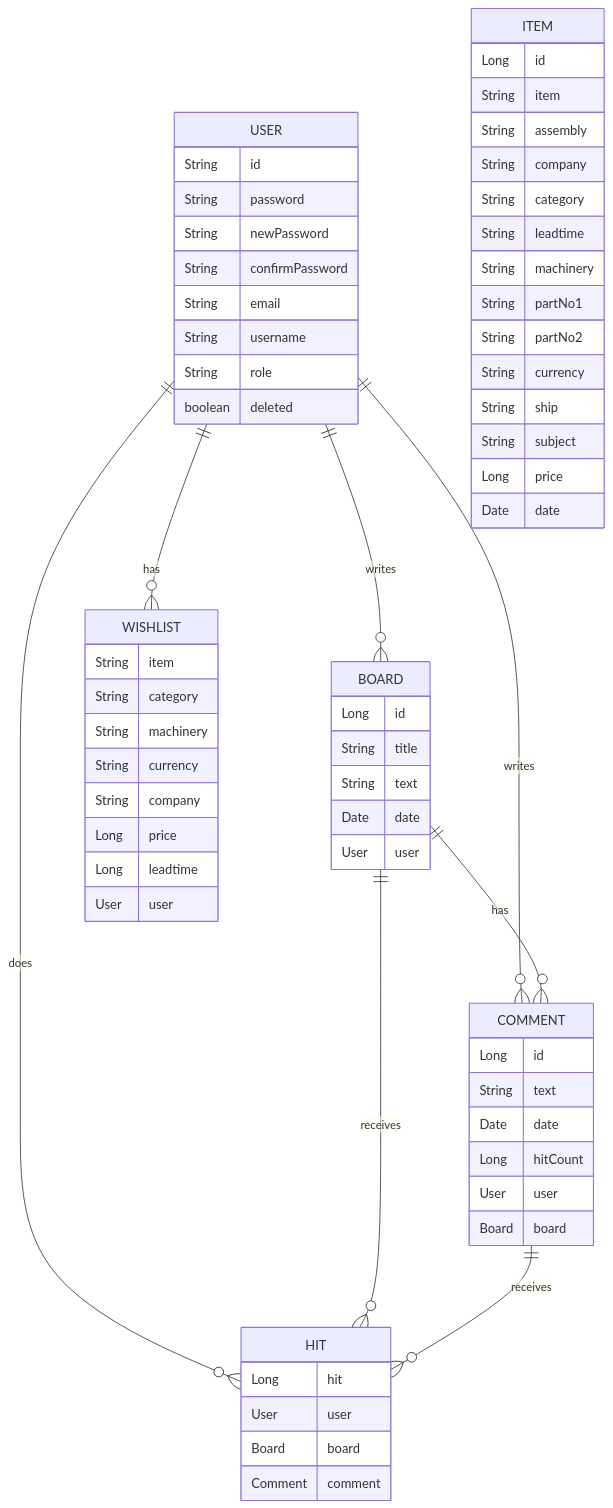
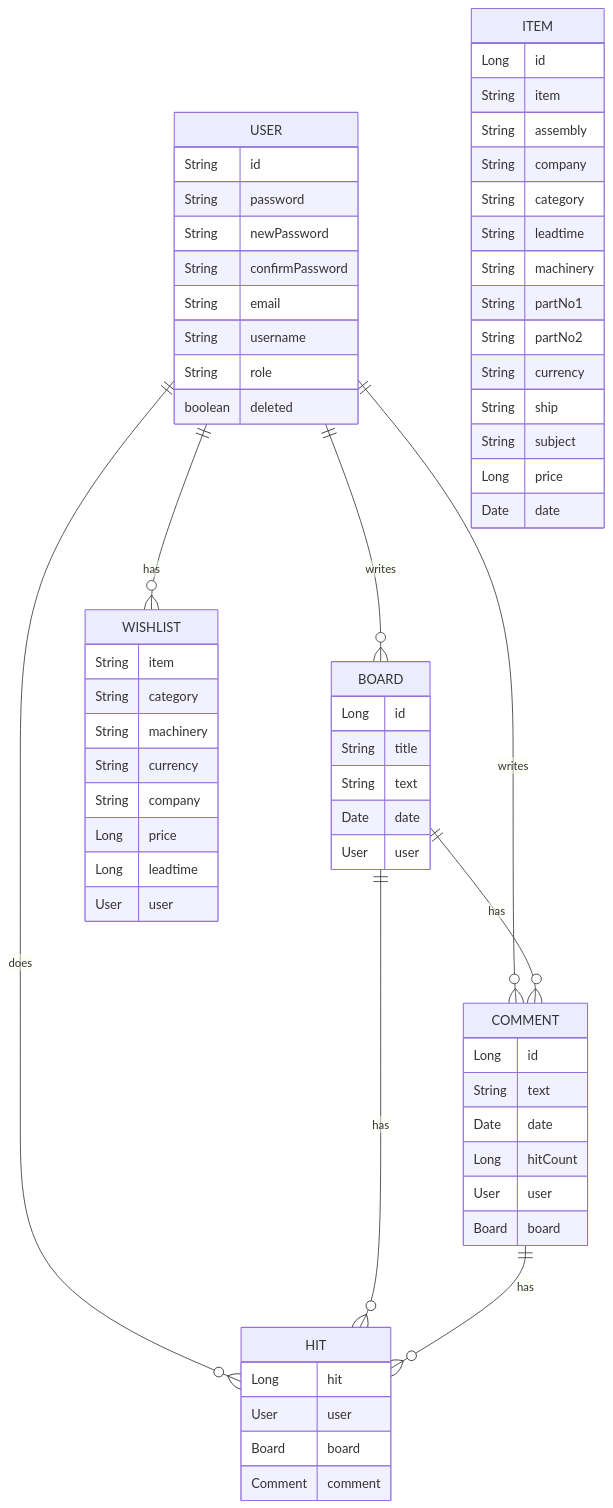
Before and after one commit to KHEN-ROE/ShipSupplies_final: the second of 2 diagrams in README.md, drawn with Mermaid.

Commit message:
Update README final

````diff
--- a/README.md
+++ b/README.md
@@ -101,68 +101,68 @@
 ```mermaid
 erDiagram
     USER {
         String id
         String password
         String newPassword
         String confirmPassword
         String email
         String username
         String role
         boolean deleted
     }
     BOARD {
         Long id
         String title
         String text
         Date date
         User user
     }
     COMMENT {
         Long id
         String text
         Date date
         Long hitCount
         User user
         Board board
     }
     HIT {
       Long hit
       User user
       Board board
       Comment comment
     }
     ITEM {
        Long id
        String item
        String assembly
        String company
        String category
        String leadtime
        String machinery
        String partNo1
        String partNo2
        String currency
        String ship
        String subject
        Long price
        Date date
     }
     WISHLIST {
        String item
        String category
        String machinery
        String currency
        String company
        Long price
        Long leadtime
        User user
     }
     
     USER ||--o{ BOARD : writes
     USER ||--o{ COMMENT : writes
     USER ||--o{ HIT : does
     USER ||--o{ WISHLIST: has
     BOARD ||--o{ COMMENT : has
-    BOARD ||--o{ HIT : receives
-    COMMENT ||--o{ HIT : receives
+    BOARD ||--o{ HIT : has
+    COMMENT ||--o{ HIT : has
 ```
````
